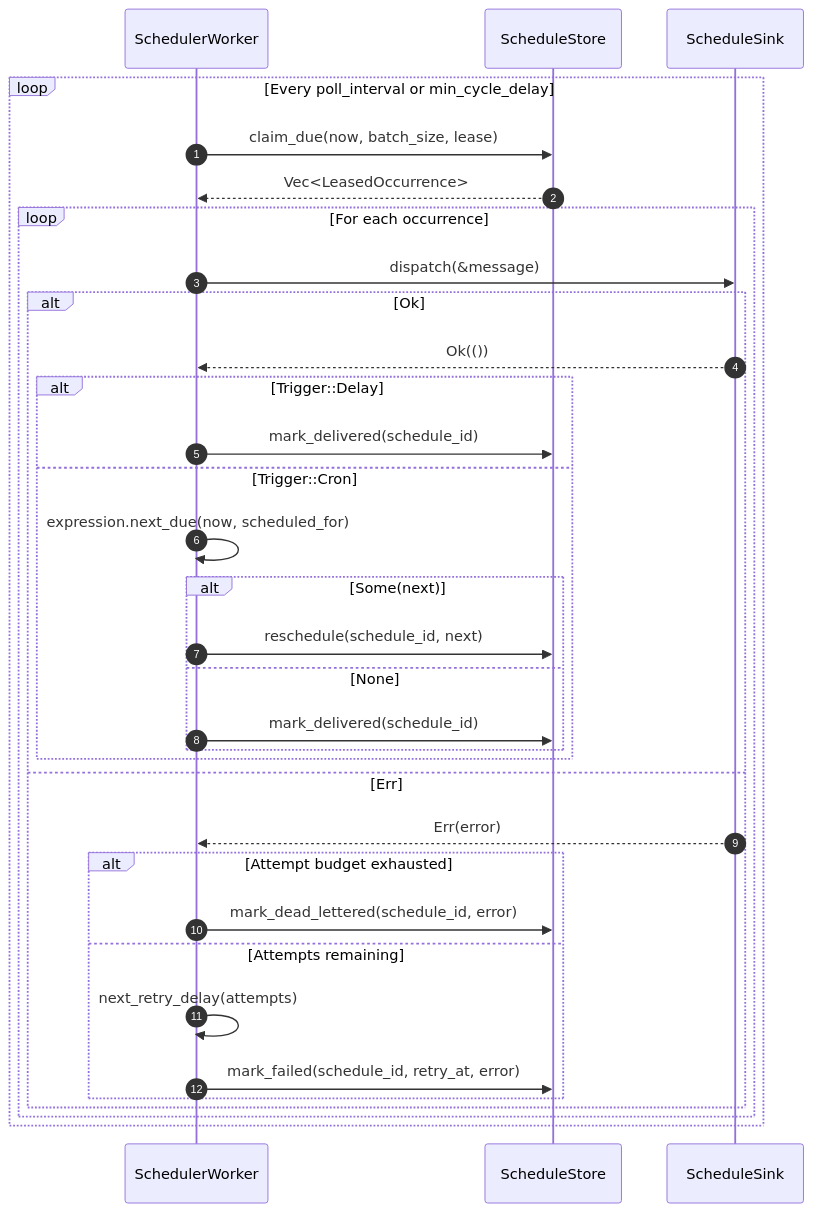
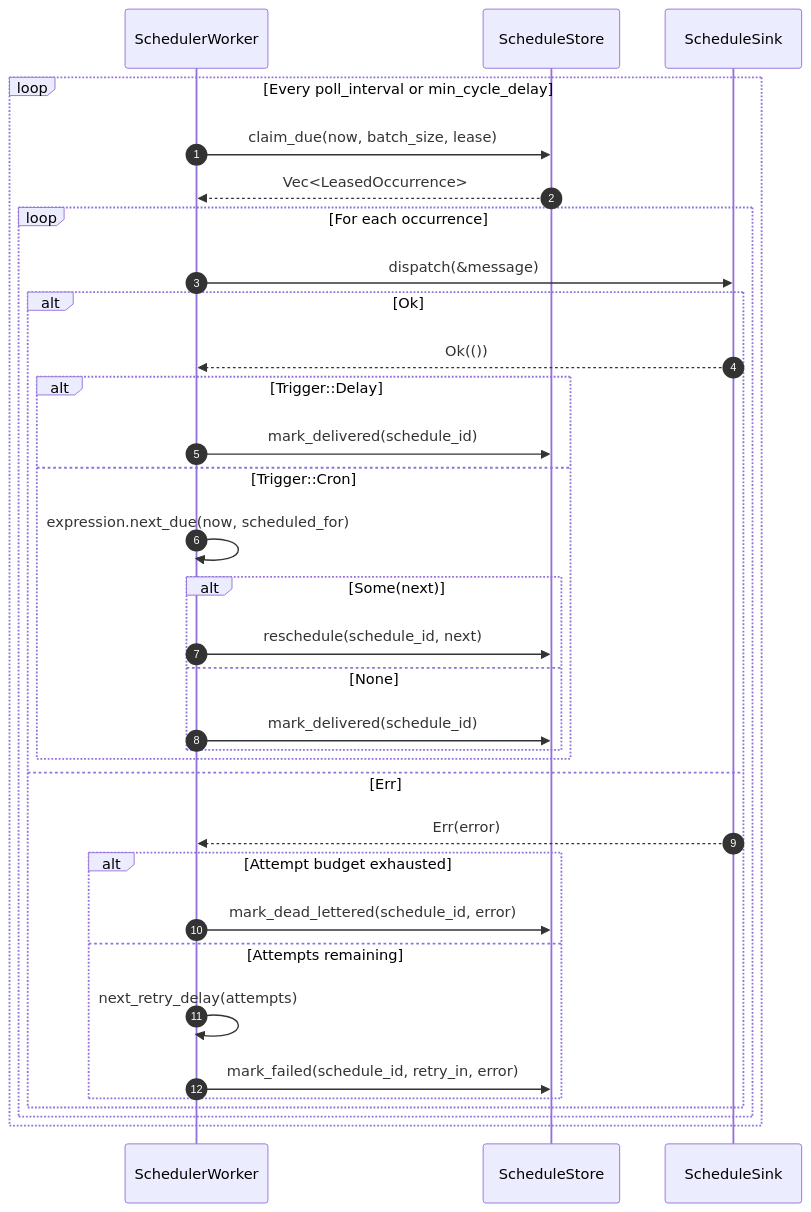
The second of 2 diagrams in docs/architecture/scheduler-flow.md (nubster-opensources/hexeract), drawn with Mermaid before and after one commit. The commit also changed other lines of this file and 12 other files, not shown here.

````diff
--- a/docs/architecture/scheduler-flow.md
+++ b/docs/architecture/scheduler-flow.md
@@ -40,36 +40,36 @@
 ```mermaid
 sequenceDiagram
     autonumber
     participant Worker as SchedulerWorker
     participant Store as ScheduleStore
     participant Sink as ScheduleSink
 
     loop Every poll_interval or min_cycle_delay
         Worker->>Store: claim_due(now, batch_size, lease)
         Store-->>Worker: Vec<LeasedOccurrence>
         loop For each occurrence
             Worker->>Sink: dispatch(&message)
             alt Ok
                 Sink-->>Worker: Ok(())
                 alt Trigger::Delay
                     Worker->>Store: mark_delivered(schedule_id)
                 else Trigger::Cron
                     Worker->>Worker: expression.next_due(now, scheduled_for)
                     alt Some(next)
                         Worker->>Store: reschedule(schedule_id, next)
                     else None
                         Worker->>Store: mark_delivered(schedule_id)
                     end
                 end
             else Err
                 Sink-->>Worker: Err(error)
                 alt Attempt budget exhausted
                     Worker->>Store: mark_dead_lettered(schedule_id, error)
                 else Attempts remaining
                     Worker->>Worker: next_retry_delay(attempts)
-                    Worker->>Store: mark_failed(schedule_id, retry_at, error)
+                    Worker->>Store: mark_failed(schedule_id, retry_in, error)
                 end
             end
         end
     end
 ```
````
